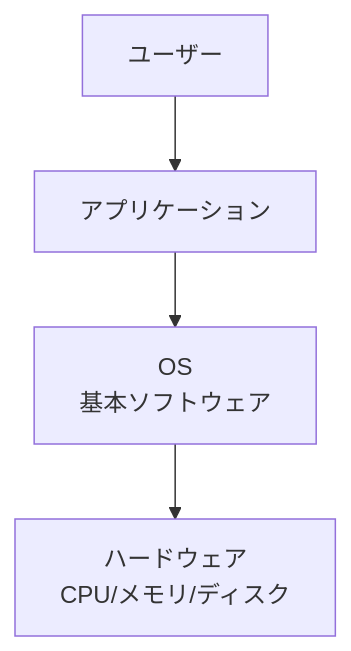
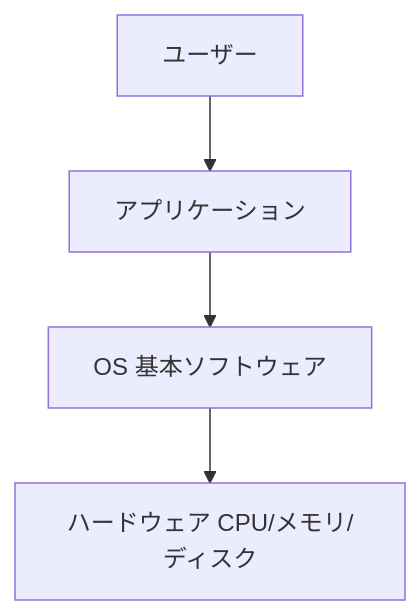
Before and after one commit to x86-unix/docs: the third of 21 diagrams in training/basics.md, drawn with Mermaid. The commit also changed other lines of this file, not shown here.

````diff
--- a/training/basics.md
+++ b/training/basics.md
@@ -105,6 +174,6 @@
 ```mermaid
 graph TB
     User[ユーザー] --> App[アプリケーション]
-    App --> OS[OS<br/>基本ソフトウェア]
-    OS --> HW[ハードウェア<br/>CPU/メモリ/ディスク]
+    App --> OS["OS 基本ソフトウェア"]
+    OS --> HW["ハードウェア CPU/メモリ/ディスク"]
 ```
````
